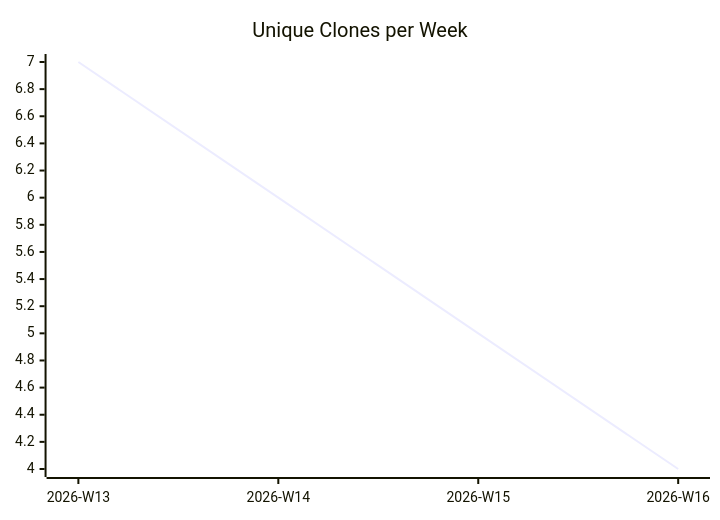
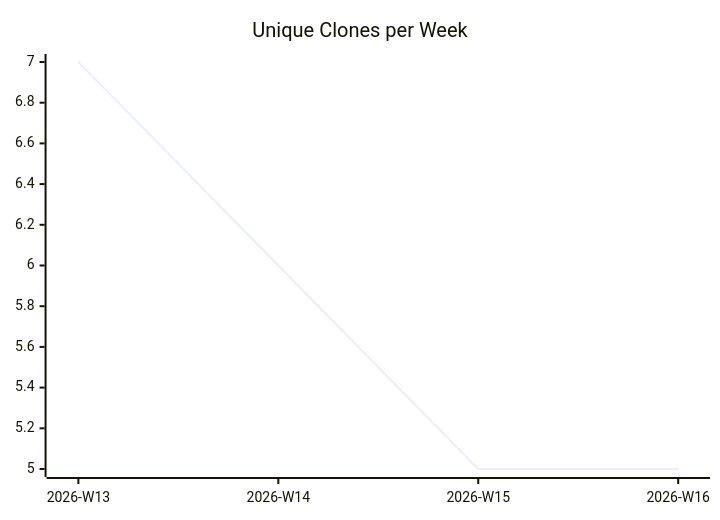
The third of 3 diagrams in karlmdavis/lego-ev3dev-rs/README.md (justdavis-family/github-analytics-data), drawn with Mermaid before and after one commit. The commit also changed other lines of this file and 190 other files, not shown here.

````diff
--- a/karlmdavis/lego-ev3dev-rs/README.md
+++ b/karlmdavis/lego-ev3dev-rs/README.md
@@ -19,6 +19,6 @@
 ```mermaid
 xychart-beta
   title "Unique Clones per Week"
   x-axis ["2026-W13", "2026-W14", "2026-W15", "2026-W16"]
-  line [7, 6, 5, 4]
+  line [7, 6, 5, 5]
 ```
````
